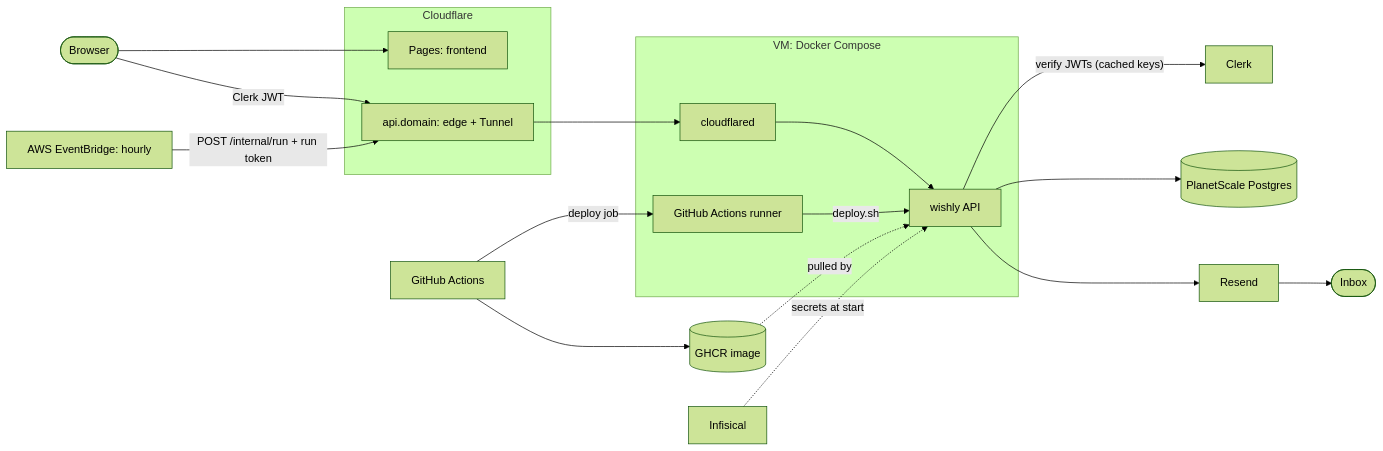
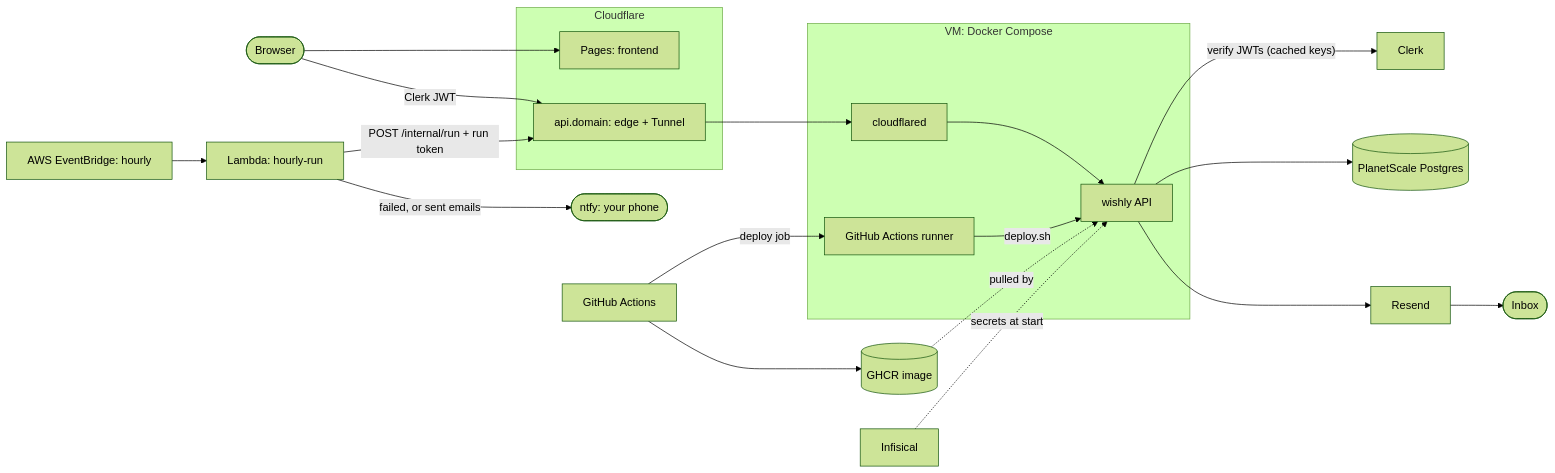
One commit to gavinfancher/wishly changed the diagram in docs/infrastructure.md. Above: the diagram before and after it, drawn with Mermaid (forest theme). The commit also changed other lines of this file and 9 other files, not shown here.

First line of the commit message:
Hourly run via Lambda: CloudWatch logs and ntfy alerts

````diff
--- a/docs/infrastructure.md
+++ b/docs/infrastructure.md
@@ -9,35 +9,39 @@
 ```mermaid
 flowchart LR
   user([Browser])
   inbox([Inbox])
 
   subgraph cf[Cloudflare]
     pages[Pages: frontend]
     edge[api.domain: edge + Tunnel]
   end
 
   subgraph vm[VM: Docker Compose]
     cfd[cloudflared]
     api[wishly API]
     runner[GitHub Actions runner]
   end
 
   clerk[Clerk]
   db[(PlanetScale Postgres)]
   eb[AWS EventBridge: hourly]
+  lam[Lambda: hourly-run]
+  ntfy([ntfy: your phone])
   resend[Resend]
   gh[GitHub Actions] --> ghcr[(GHCR image)]
   inf[Infisical]
 
   user --> pages
   user -- "Clerk JWT" --> edge
-  eb -- "POST /internal/run + run token" --> edge
+  eb --> lam
+  lam -- "POST /internal/run + run token" --> edge
+  lam -- "failed, or sent emails" --> ntfy
   edge --> cfd --> api
   api -- "verify JWTs (cached keys)" --> clerk
   api --> db
   api --> resend --> inbox
   gh -- "deploy job" --> runner
   runner -- "deploy.sh" --> api
   ghcr -. pulled by .-> api
   inf -. "secrets at start" .-> api
 ```
````
